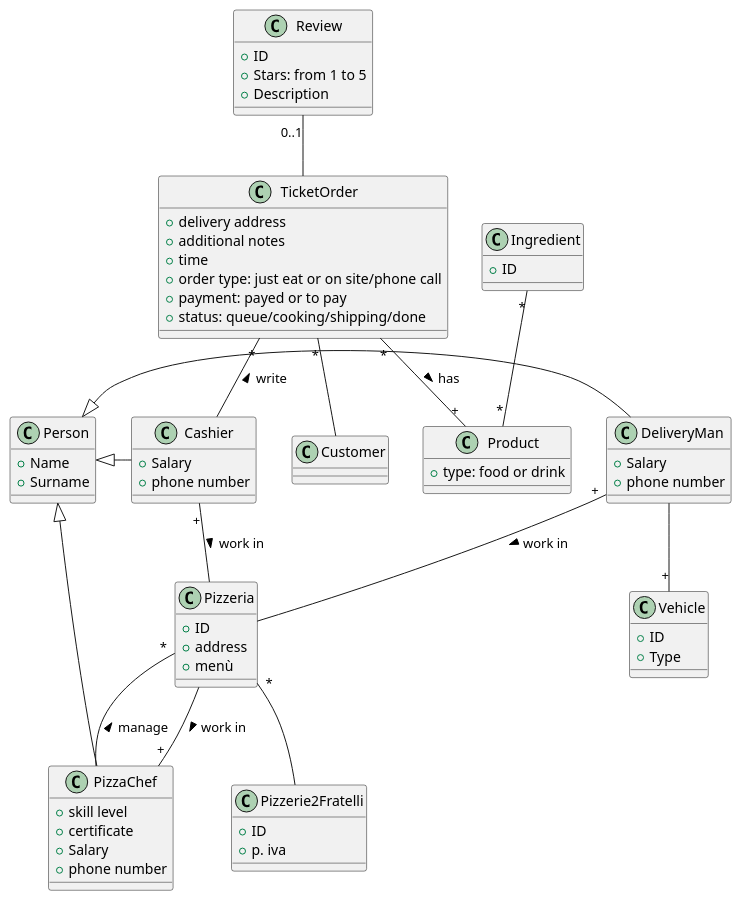
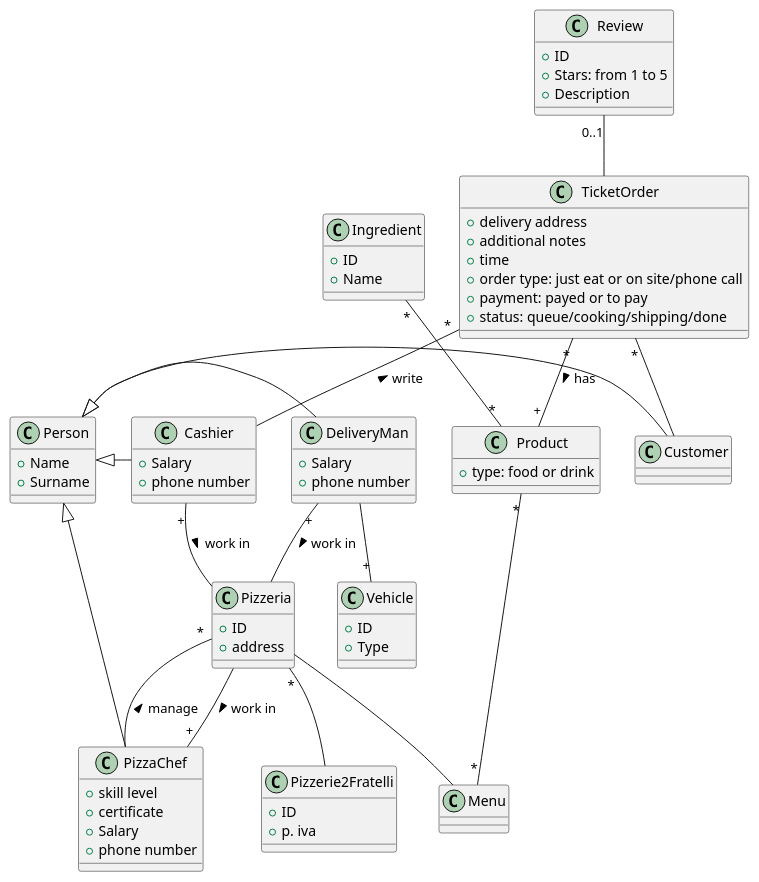
The second of 3 diagrams in ReportAsIs.md (MattiaRiola/is-pizzeria-project), drawn with PlantUML before and after one commit. The commit also changed other lines of this file, not shown here.

```diff
--- a/ReportAsIs.md
+++ b/ReportAsIs.md
@@ -171,9 +169,7 @@
 
 class Pizzeria {
   + ID
-  + address
-  + menù
-  
+  + address  
 }
 
 class Person {
@@ -221,7 +217,10 @@
 
 class Ingredient {
   + ID
+  + Name
 }
+
+class Menu 
 
 class Review {
   + ID
@@ -233,11 +232,14 @@
 Person <|- PizzaChef
 Person <|- Cashier
 Person <|- DeliveryMan 
+Person <|- Customer
 DeliveryMan "+" -- Pizzeria : work in >
 Cashier "+" -- Pizzeria : work in >
 DeliveryMan -- "+" Vehicle
 Pizzeria -- "+" PizzaChef : work in >
 Pizzeria "*" -- PizzaChef : < manage
+Pizzeria -- Menu
+Product"*" -- "*" Menu
 TicketOrder "*" -- Cashier : < write
 TicketOrder "*" -- Customer
 TicketOrder "*" -- "+" Product : > has
```
